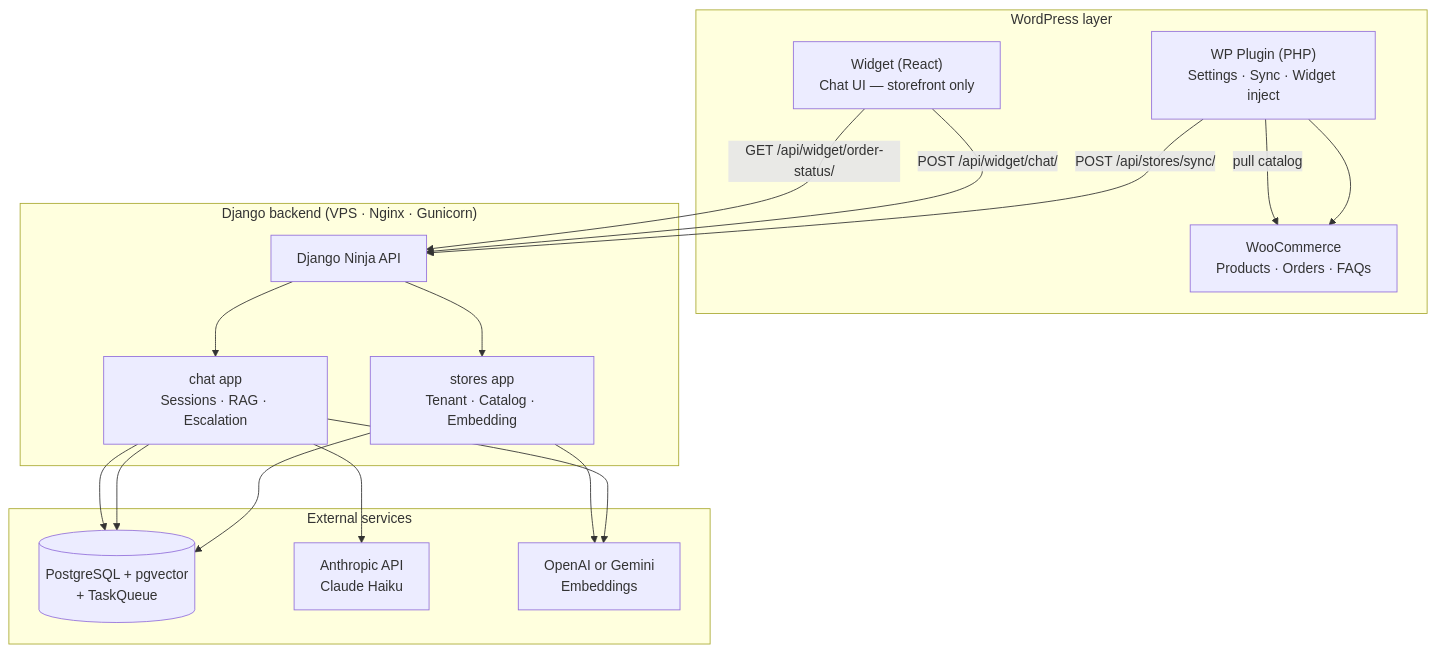
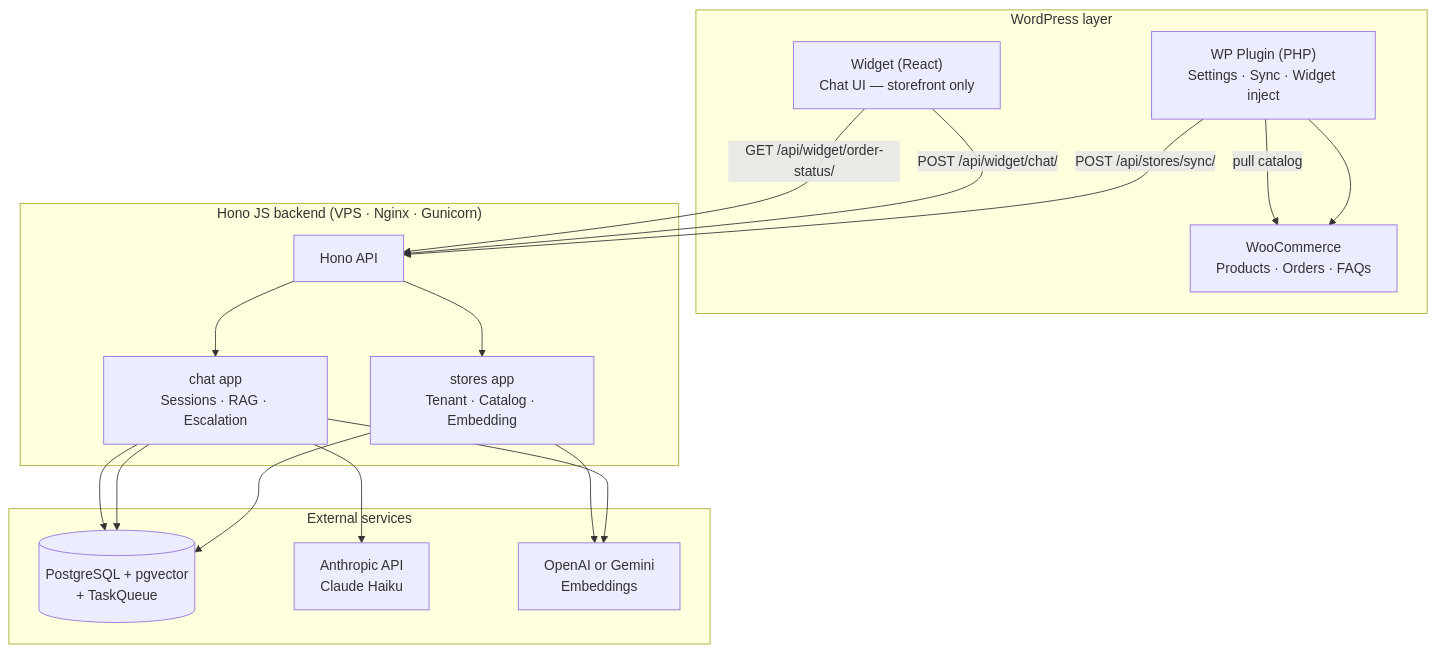
One commit to aji-pratama/woocs changed the second of 6 diagrams in _docs/PRD.md. Above: the diagram before and after it, drawn with Mermaid. The commit also changed other lines of this file and 85 other files, not shown here.

````diff
--- a/_docs/PRD.md
+++ b/_docs/PRD.md
@@ -1312,35 +1312,35 @@
 ```mermaid
 graph TD
   subgraph WP["WordPress layer"]
     Plugin["WP Plugin (PHP)\nSettings · Sync · Widget inject"]
     WC["WooCommerce\nProducts · Orders · FAQs"]
     Widget["Widget (React)\nChat UI — storefront only"]
     Plugin --> WC
   end
 
-  subgraph Django["Django backend (VPS · Nginx · Gunicorn)"]
-    Ninja["Django Ninja API"]
+  subgraph Hono["Hono JS backend (VPS · Nginx · Gunicorn)"]
+    Ninja["Hono API"]
     Stores["stores app\nTenant · Catalog · Embedding"]
     Chat["chat app\nSessions · RAG · Escalation"]
     Ninja --> Stores
     Ninja --> Chat
   end
 
   subgraph External["External services"]
     PG[("PostgreSQL + pgvector\n+ TaskQueue")]
     Anthropic["Anthropic API\nClaude Haiku"]
     Embeddings["OpenAI or Gemini\nEmbeddings"]
   end
 
   Plugin -->|"POST /api/stores/sync/"| Ninja
   Plugin -->|"pull catalog"| WC
   Widget -->|"POST /api/widget/chat/"| Ninja
   Widget -->|"GET /api/widget/order-status/"| Ninja
 
   Stores --> PG
   Chat --> PG
   Chat --> PG
   Chat --> Anthropic
   Chat --> Embeddings
   Stores --> Embeddings
 ```
````
